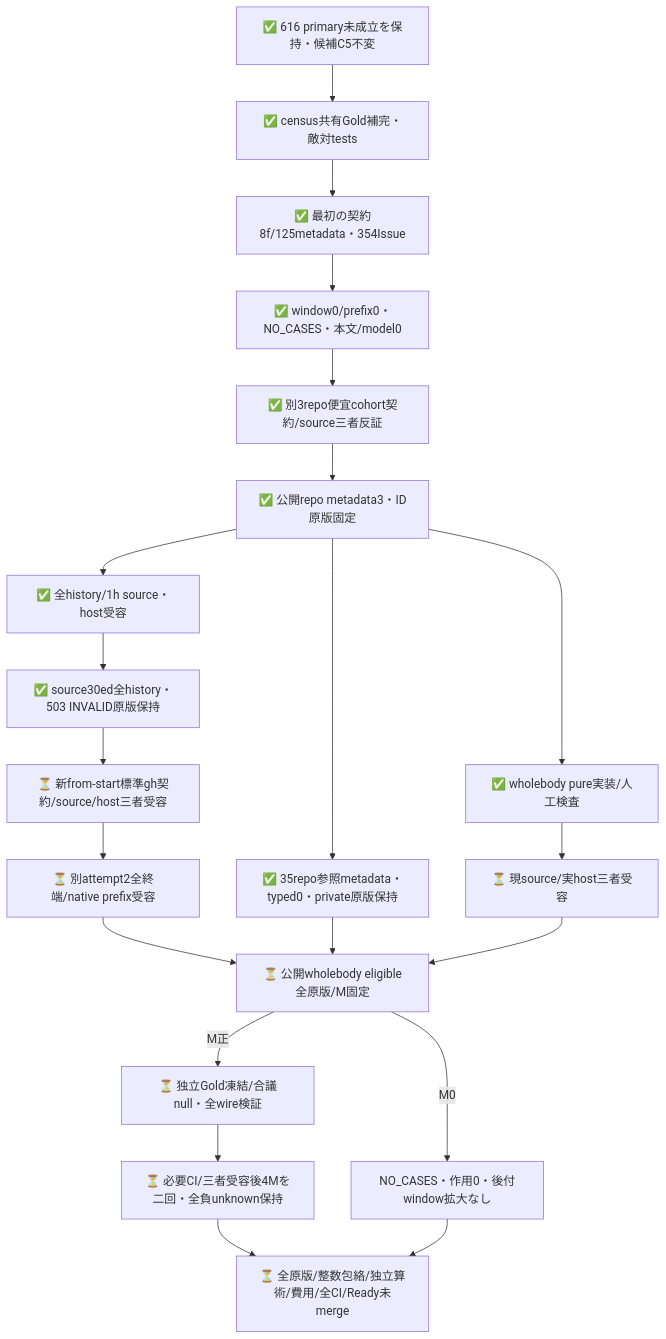
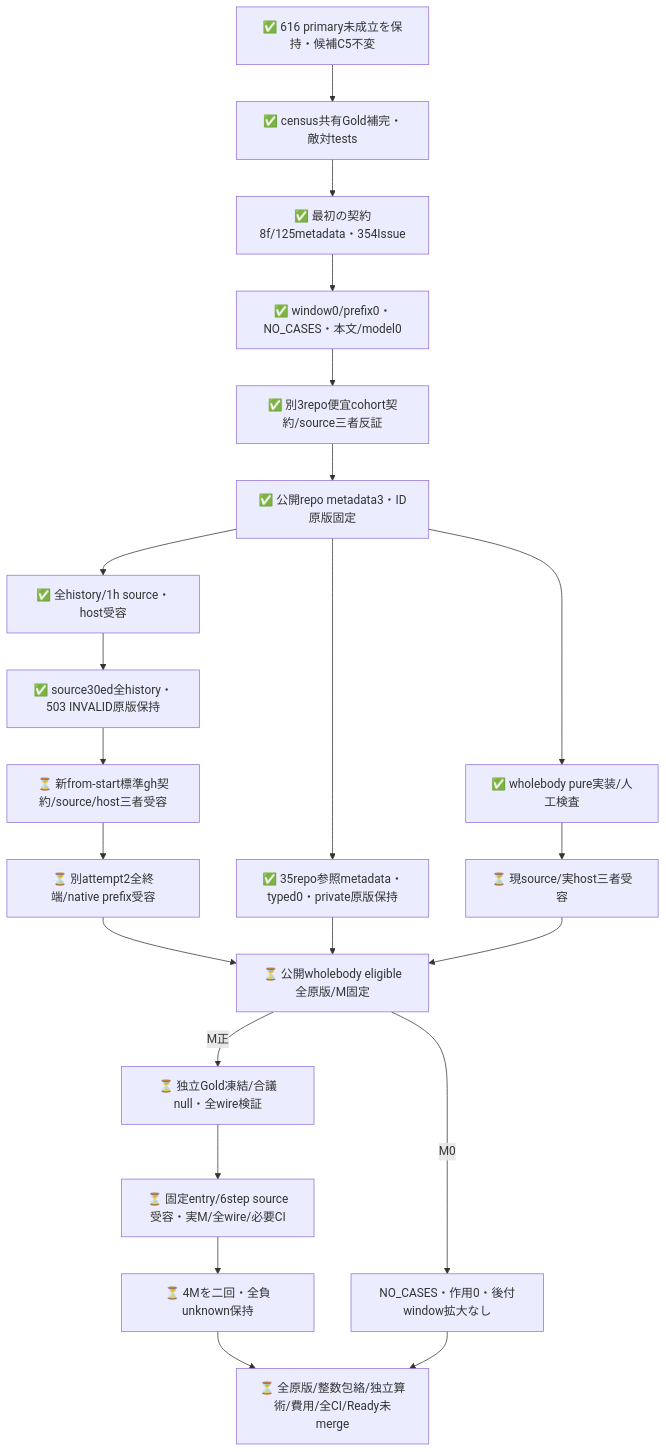
Before and after one commit to roccho-org/ops: the second of 2 diagrams in experiments/sys1-eval-loop/census/README.md, drawn with Mermaid. The commit also changed other lines of this file and 11 other files, not shown here.

````diff
--- a/experiments/sys1-eval-loop/census/README.md
+++ b/experiments/sys1-eval-loop/census/README.md
@@ -85,23 +85,24 @@
 ```mermaid
 flowchart TB
   OLD[✅ 616 primary未成立を保持・候補C5不変] --> MATH[✅ census共有Gold補完・敵対tests]
   MATH --> FIRST[✅ 最初の契約8f/125metadata・354Issue]
   FIRST --> ZERO[✅ window0/prefix0・NO_CASES・本文/model0]
   ZERO --> REVIEW[✅ 別3repo便宜cohort契約/source三者反証]
   REVIEW --> SCOPE[✅ 公開repo metadata3・ID原版固定]
   SCOPE --> ADMIT[✅ 全history/1h source・host受容]
   ADMIT --> BAD[✅ source30ed全history・503 INVALID原版保持]
   BAD --> RECOVER[⏳ 新from-start標準gh契約/source/host三者受容]
   RECOVER --> META[⏳ 別attempt2全終端/native prefix受容]
   SCOPE --> PRIOR[✅ 35repo参照metadata・typed0・private原版保持]
   SCOPE --> BODY[✅ wholebody pure実装/人工検査]
   BODY --> BODYREVIEW[⏳ 現source/実host三者受容]
   META --> FRAME[⏳ 公開wholebody eligible全原版/M固定]
   PRIOR --> FRAME
   BODYREVIEW --> FRAME
   FRAME -->|M0| EMPTY[NO_CASES・作用0・後付window拡大なし]
   FRAME -->|M正| GOLD[⏳ 独立Gold凍結/合議null・全wire検証]
-  GOLD --> EFFECT[⏳ 必要CI/三者受容後4Mを二回・全負unknown保持]
+  GOLD --> ENTRY[⏳ 固定entry/6step source受容・実M/全wire/必要CI]
+  ENTRY --> EFFECT[⏳ 4Mを二回・全負unknown保持]
   EFFECT --> END[⏳ 全原版/整数包絡/独立算術/費用/全CI/Ready未merge]
   EMPTY --> END
 ```
````
